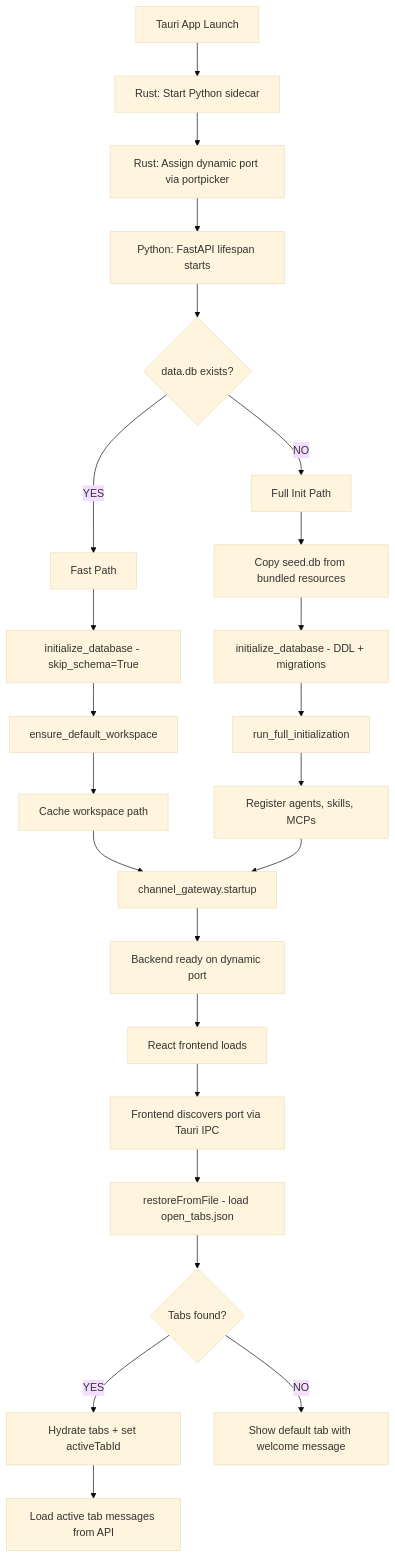
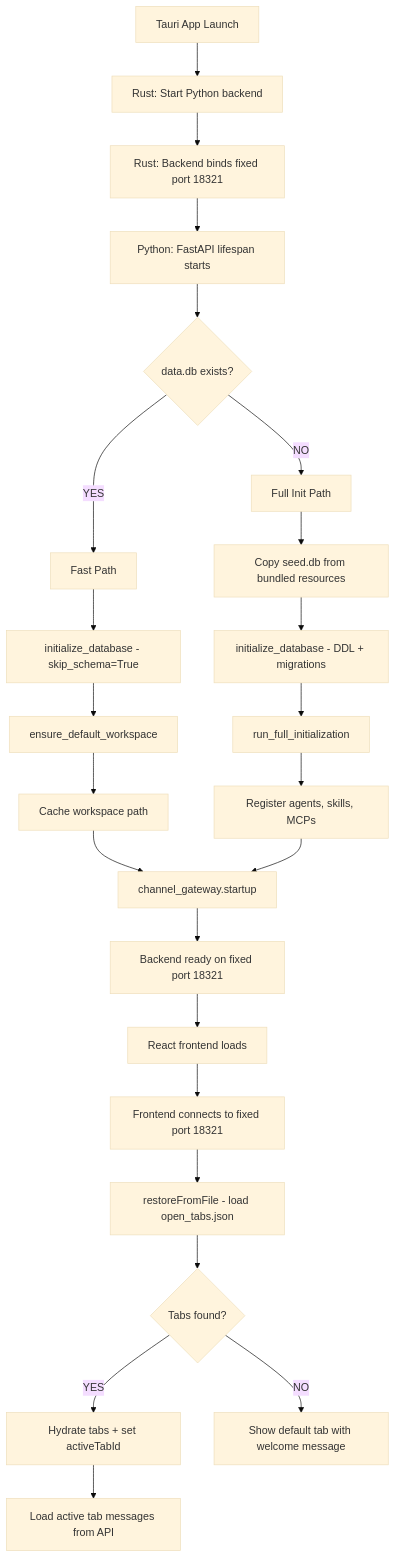
One commit to xg-gh-25/SwarmAI changed the first of 20 diagrams in .kiro/specs/system-specs/FLOWCHARTS.md. Above: the diagram before and after it, drawn with Mermaid (base theme). The commit also changed 33 other files, not shown here.

First line of the commit message:
chore(kiro): refresh .kiro specs — fix stale architecture, remove shipped specs

````diff
--- a/.kiro/specs/system-specs/FLOWCHARTS.md
+++ b/.kiro/specs/system-specs/FLOWCHARTS.md
@@ -9,29 +9,29 @@
 ```mermaid
 flowchart TD
-    A[Tauri App Launch] --> B[Rust: Start Python sidecar]
-    B --> C[Rust: Assign dynamic port via portpicker]
+    A[Tauri App Launch] --> B[Rust: Start Python backend]
+    B --> C[Rust: Backend binds fixed port 18321]
     C --> D[Python: FastAPI lifespan starts]
     D --> E{data.db exists?}
 
     E -->|YES| F[Fast Path]
     F --> F1[initialize_database - skip_schema=True]
     F1 --> F2[ensure_default_workspace]
     F2 --> F3[Cache workspace path]
     F3 --> G[channel_gateway.startup]
 
     E -->|NO| H[Full Init Path]
     H --> H1[Copy seed.db from bundled resources]
     H1 --> H2[initialize_database - DDL + migrations]
     H2 --> H3[run_full_initialization]
     H3 --> H4[Register agents, skills, MCPs]
     H4 --> G
 
-    G --> I[Backend ready on dynamic port]
+    G --> I[Backend ready on fixed port 18321]
     I --> J[React frontend loads]
-    J --> K[Frontend discovers port via Tauri IPC]
+    J --> K[Frontend connects to fixed port 18321]
     K --> L[restoreFromFile - load open_tabs.json]
     L --> M{Tabs found?}
     M -->|YES| N[Hydrate tabs + set activeTabId]
     N --> O[Load active tab messages from API]
     M -->|NO| P[Show default tab with welcome message]
 ```
````
